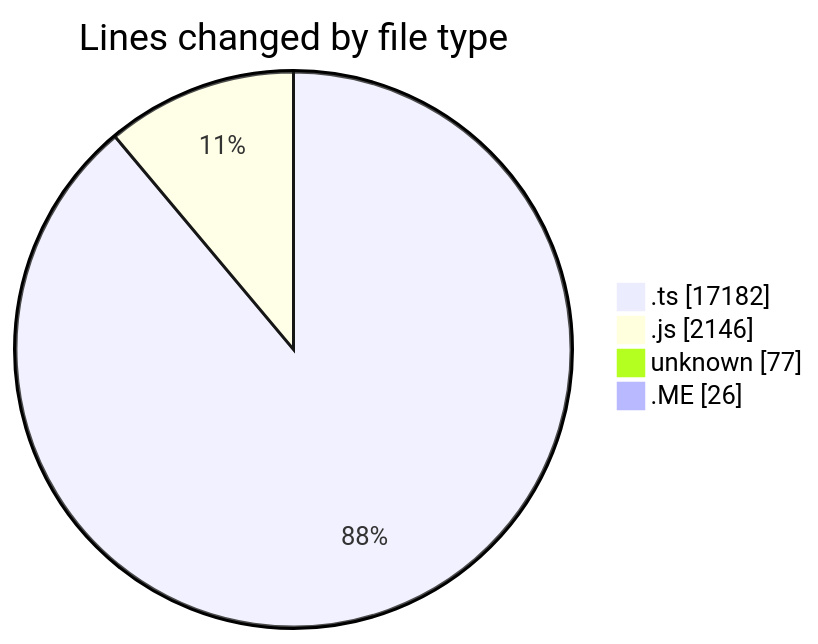
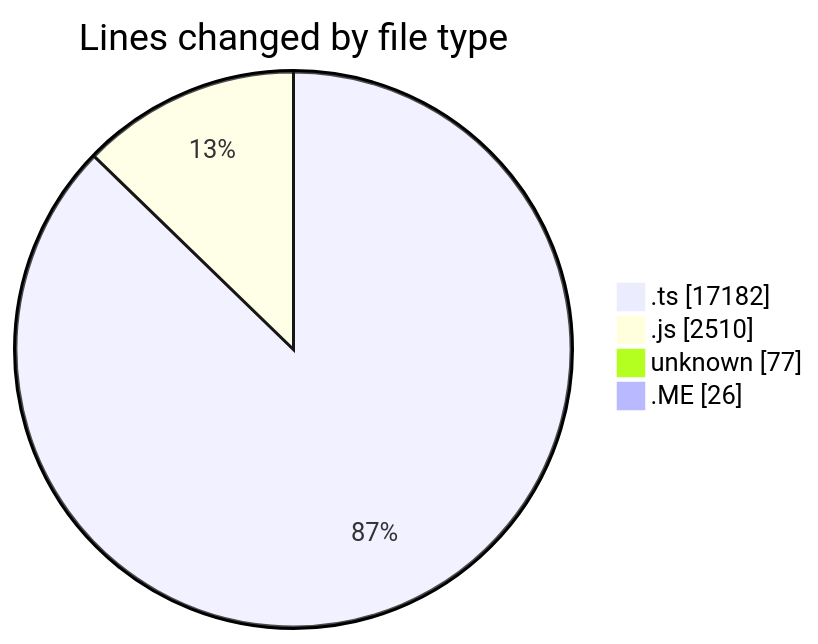
Before and after one commit to momahboobian/code-tracking: the first of 2 diagrams in 2026-02-03/cda/README.md, drawn with Mermaid. The commit also changed other lines of this file and 1 other file, not shown here.

````diff
--- a/2026-02-03/cda/README.md
+++ b/2026-02-03/cda/README.md
@@ -29,8 +30,8 @@
 ```mermaid
 pie showData
 title Lines changed by file type
 ".ts" : 17182
-".js" : 2146
+".js" : 2510
 "unknown" : 77
 ".ME" : 26
 ```
````
